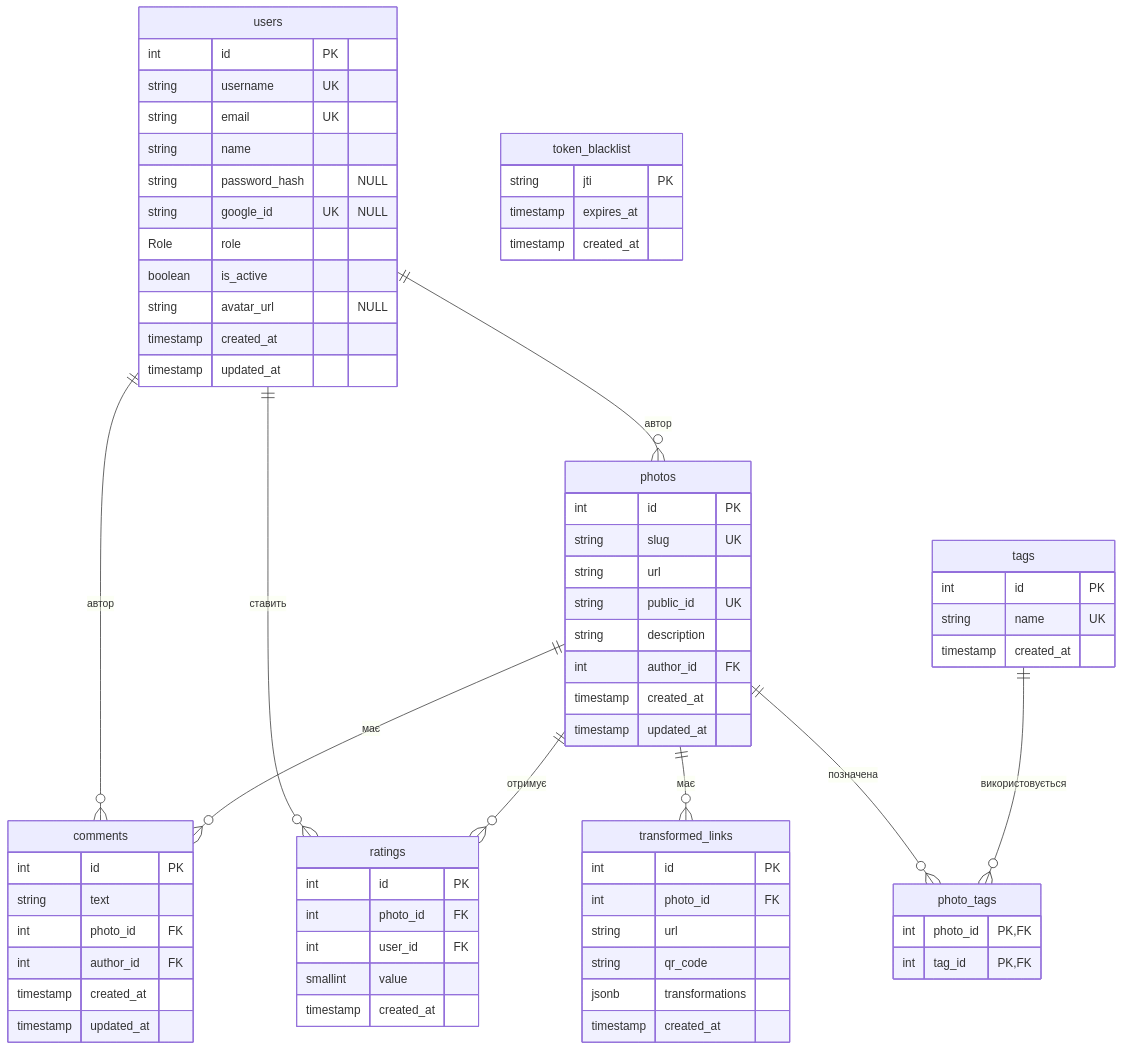
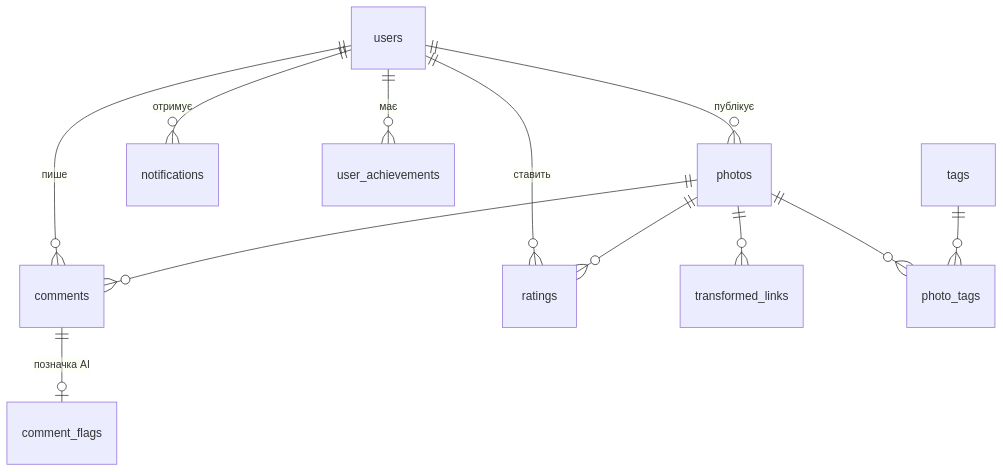
The diagram in docs/DATA_MODEL.md (nikita-kotliar/photoShare), drawn with Mermaid before and after one commit. The commit also changed other lines of this file and 8 other files, not shown here.

````diff
--- a/docs/DATA_MODEL.md
+++ b/docs/DATA_MODEL.md
@@ -14,72 +7,14 @@
 ```mermaid
 erDiagram
-    users ||--o{ photos : "автор"
-    users ||--o{ comments : "автор"
+    users ||--o{ photos : "публікує"
+    users ||--o{ comments : "пише"
     users ||--o{ ratings : "ставить"
-    photos ||--o{ comments : "має"
-    photos ||--o{ ratings : "отримує"
-    photos ||--o{ transformed_links : "має"
-    photos ||--o{ photo_tags : "позначена"
-    tags ||--o{ photo_tags : "використовується"
-
-    users {
-        int id PK
-        string username UK
-        string email UK
-        string name
-        string password_hash "NULL"
-        string google_id UK "NULL"
-        Role role
-        boolean is_active
-        string avatar_url "NULL"
-        timestamp created_at
-        timestamp updated_at
-    }
-    photos {
-        int id PK
-        string slug UK
-        string url
-        string public_id UK
-        string description
-        int author_id FK
-        timestamp created_at
-        timestamp updated_at
-    }
-    tags {
-        int id PK
-        string name UK
-        timestamp created_at
-    }
-    photo_tags {
-        int photo_id PK,FK
-        int tag_id PK,FK
-    }
-    comments {
-        int id PK
-        string text
-        int photo_id FK
-        int author_id FK
-        timestamp created_at
-        timestamp updated_at
-    }
-    transformed_links {
-        int id PK
-        int photo_id FK
-        string url
-        string qr_code
-        jsonb transformations
-        timestamp created_at
-    }
-    ratings {
-        int id PK
-        int photo_id FK
-        int user_id FK
-        smallint value
-        timestamp created_at
-    }
-    token_blacklist {
-        string jti PK
-        timestamp expires_at
-        timestamp created_at
-    }
+    users ||--o{ notifications : "отримує"
+    users ||--o{ user_achievements : "має"
+    photos ||--o{ comments : ""
+    photos ||--o{ ratings : ""
+    photos ||--o{ transformed_links : ""
+    photos ||--o{ photo_tags : ""
+    tags ||--o{ photo_tags : ""
+    comments ||--o| comment_flags : "позначка AI"
 ```
````
